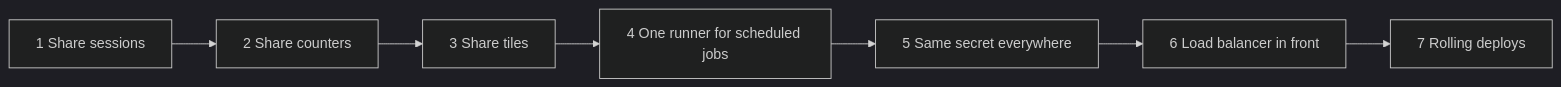
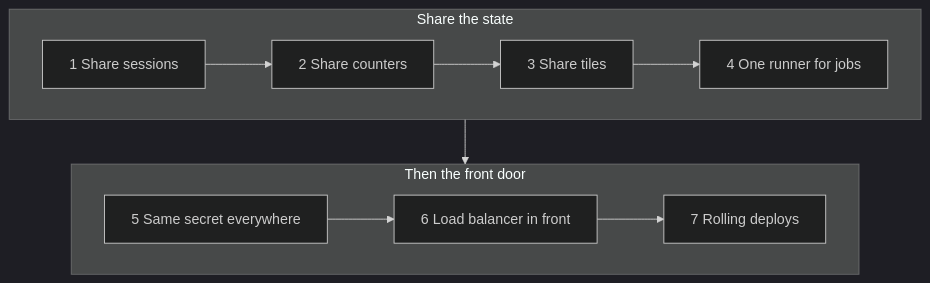
The second of 2 diagrams in book/tradeoffs/37-engineering-tradeoffs.md (Sriram-Codes-SW/secure-doc-viewer), drawn with Mermaid (dark theme) before and after one commit. The commit also changed other lines of this file and 31 other files, not shown here.

Commit message:
Book: interior layout design, diagram restructuring for print size, mermaid config, measure helper

````diff
--- a/book/tradeoffs/37-engineering-tradeoffs.md
+++ b/book/tradeoffs/37-engineering-tradeoffs.md
@@ -423,4 +423,12 @@
 ```mermaid
-flowchart LR
-    S1["1 Share sessions"] --> S2["2 Share counters"] --> S3["3 Share tiles"] --> S4["4 One runner for scheduled jobs"] --> S5["5 Same secret everywhere"] --> S6["6 Load balancer in front"] --> S7["7 Rolling deploys"]
+flowchart TB
+    subgraph A["Share the state"]
+        direction LR
+        S1["1 Share sessions"] --> S2["2 Share counters"] --> S3["3 Share tiles"] --> S4["4 One runner for jobs"]
+    end
+    subgraph B["Then the front door"]
+        direction LR
+        S5["5 Same secret everywhere"] --> S6["6 Load balancer in front"] --> S7["7 Rolling deploys"]
+    end
+    A --> B
 ```
````
